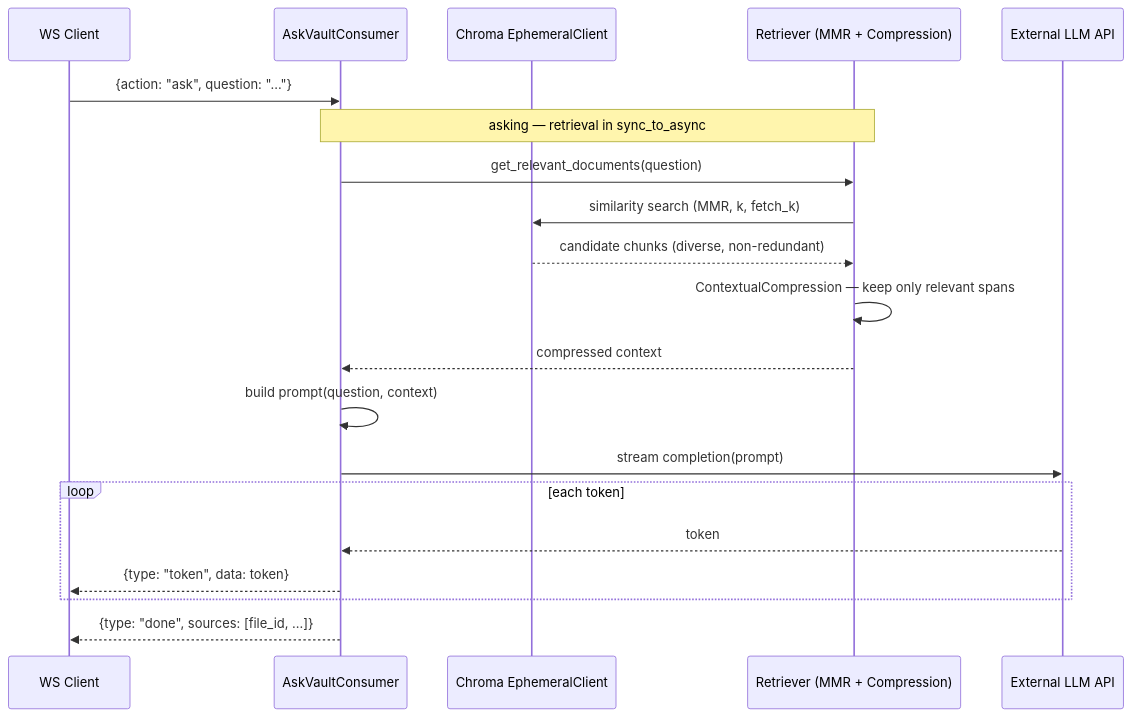
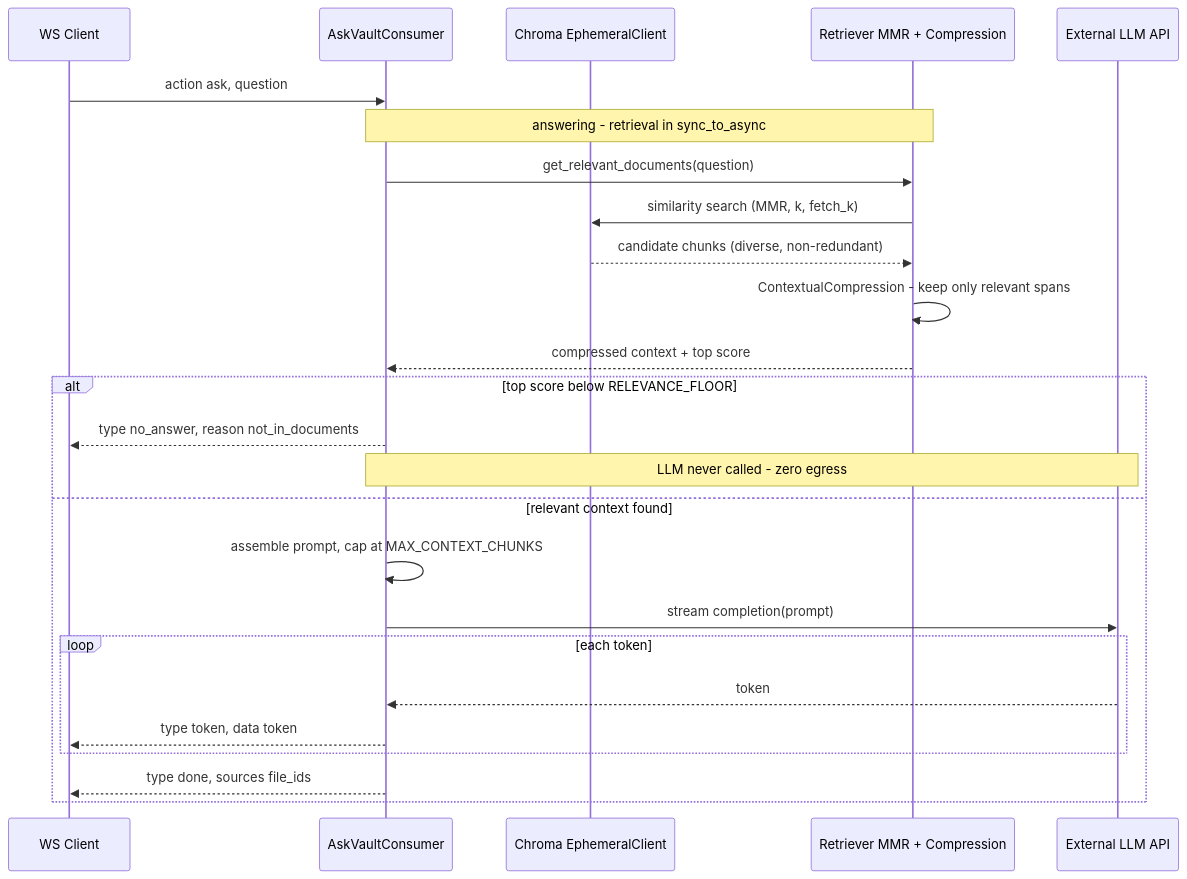
One commit to conghan-tay/private_AbProject-WithRAG changed the third of 4 diagrams in docs/ImplementationPlans/AskTheVault_RAG_Session_Design.md. Above: the diagram before and after it, drawn with Mermaid. The commit also changed other lines of this file, not shown here.

````diff
--- a/docs/ImplementationPlans/AskTheVault_RAG_Session_Design.md
+++ b/docs/ImplementationPlans/AskTheVault_RAG_Session_Design.md
@@ -202,23 +219,29 @@
 ```mermaid
 sequenceDiagram
     participant C as WS Client
     participant K as AskVaultConsumer
     participant X as Chroma EphemeralClient
-    participant R as Retriever (MMR + Compression)
+    participant R as Retriever MMR + Compression
     participant L as External LLM API
 
-    C->>K: {action: "ask", question: "..."}
-    Note over K,R: asking — retrieval in sync_to_async
+    C->>K: action ask, question
+    Note over K,R: answering - retrieval in sync_to_async
     K->>R: get_relevant_documents(question)
     R->>X: similarity search (MMR, k, fetch_k)
     X-->>R: candidate chunks (diverse, non-redundant)
-    R->>R: ContextualCompression — keep only relevant spans
-    R-->>K: compressed context
-    K->>K: build prompt(question, context)
-    K->>L: stream completion(prompt)
-    loop each token
-        L-->>K: token
-        K-->>C: {type: "token", data: token}
+    R->>R: ContextualCompression - keep only relevant spans
+    R-->>K: compressed context + top score
+
+    alt top score below RELEVANCE_FLOOR
+        K-->>C: type no_answer, reason not_in_documents
+        Note over K,L: LLM never called - zero egress
+    else relevant context found
+        K->>K: assemble prompt, cap at MAX_CONTEXT_CHUNKS
+        K->>L: stream completion(prompt)
+        loop each token
+            L-->>K: token
+            K-->>C: type token, data token
+        end
+        K-->>C: type done, sources file_ids
     end
-    K-->>C: {type: "done", sources: [file_id, ...]}
 ```
````
